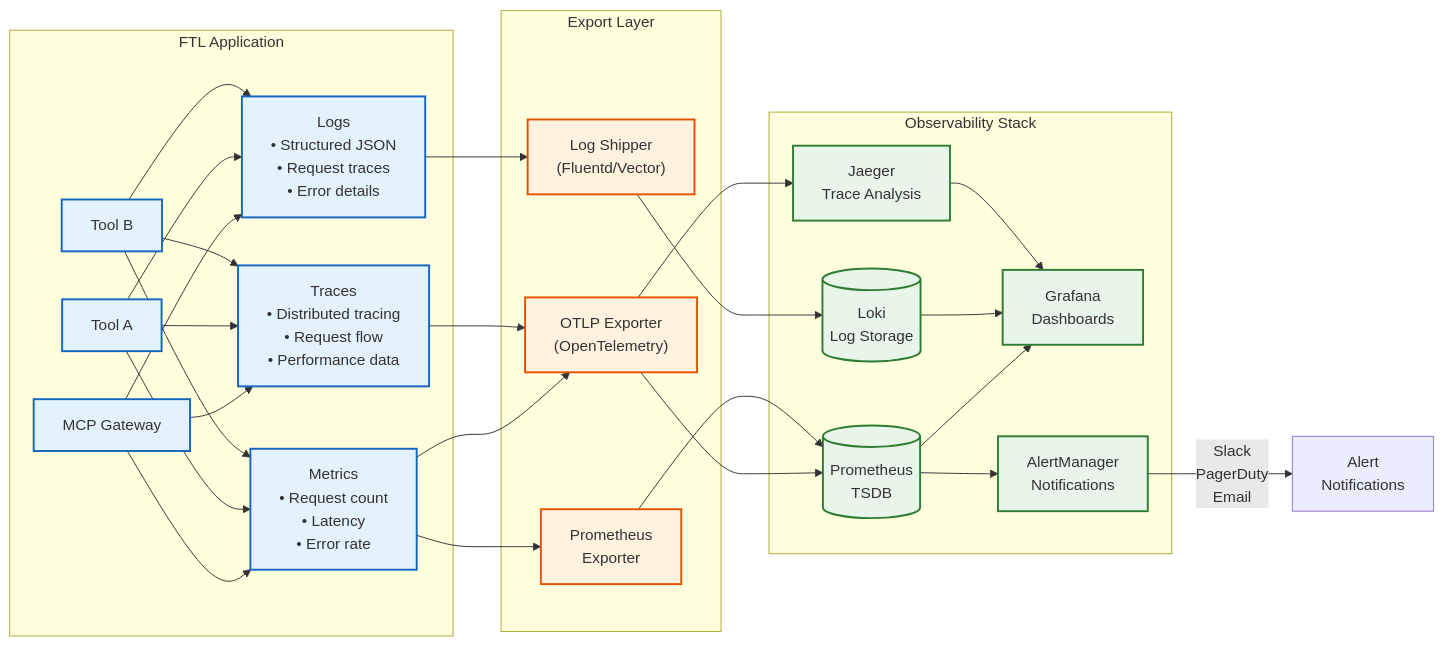
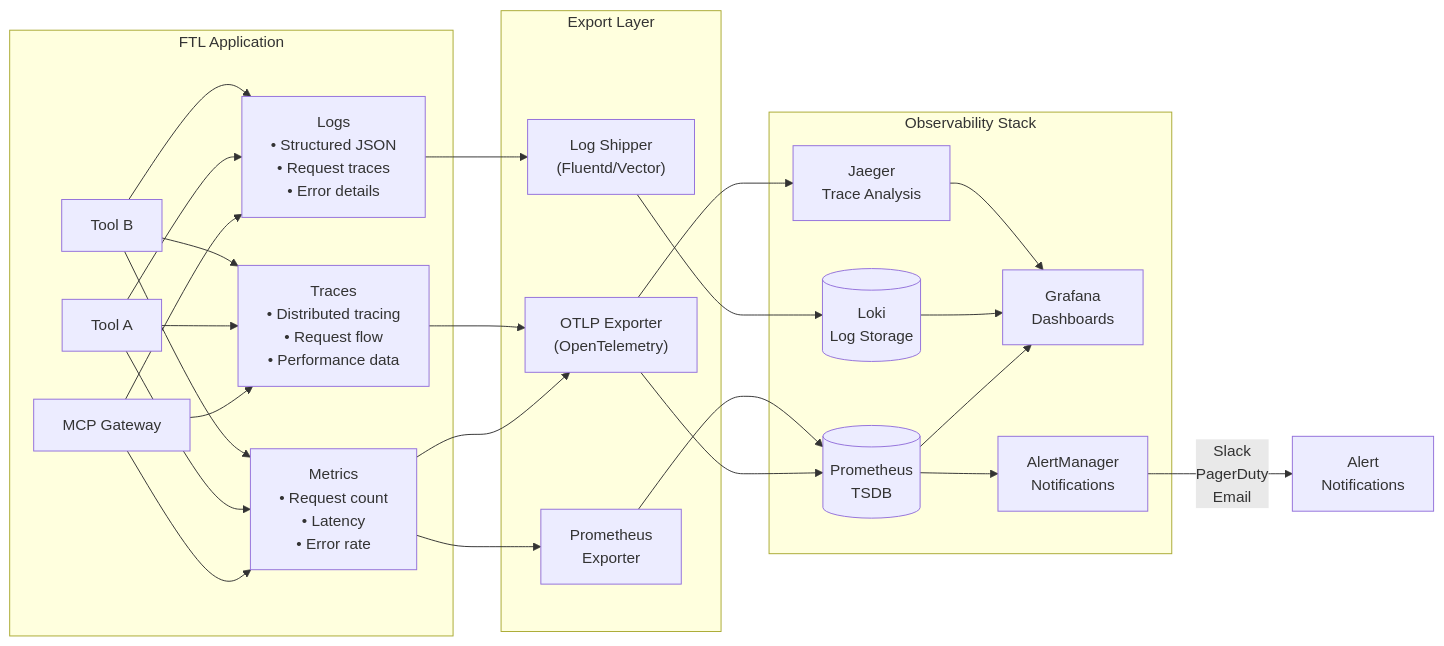
Before and after one commit to fastertools/ftl: the diagram in docs/monitoring.md, drawn with Mermaid. The commit also changed 3 other files, not shown here.

Commit message:
docs: Update diagrams

````diff
--- a/docs/monitoring.md
+++ b/docs/monitoring.md
@@ -16,63 +16,55 @@
 ```mermaid
 graph LR
     subgraph "FTL Application"
         Gateway["MCP Gateway"]
         Tool1["Tool A"]
         Tool2["Tool B"]
         
         Metrics["Metrics<br/>• Request count<br/>• Latency<br/>• Error rate"]
         Logs["Logs<br/>• Structured JSON<br/>• Request traces<br/>• Error details"]
         Traces["Traces<br/>• Distributed tracing<br/>• Request flow<br/>• Performance data"]
     end
     
     subgraph "Export Layer"
         OTLP["OTLP Exporter<br/>(OpenTelemetry)"]
         Prom["Prometheus<br/>Exporter"]
         LogShip["Log Shipper<br/>(Fluentd/Vector)"]
     end
     
     subgraph "Observability Stack"
         PromDB[("Prometheus<br/>TSDB")]
         Grafana["Grafana<br/>Dashboards"]
         Loki[("Loki<br/>Log Storage")]
         Jaeger["Jaeger<br/>Trace Analysis"]
         AlertMgr["AlertManager<br/>Notifications"]
     end
     
     Gateway --> Metrics
     Tool1 --> Metrics
     Tool2 --> Metrics
     
     Gateway --> Logs
     Tool1 --> Logs
     Tool2 --> Logs
     
     Gateway --> Traces
     Tool1 --> Traces
     Tool2 --> Traces
     
     Metrics --> OTLP
     Metrics --> Prom
     Logs --> LogShip
     Traces --> OTLP
     
     OTLP --> Jaeger
     OTLP --> PromDB
     Prom --> PromDB
     LogShip --> Loki
     
     PromDB --> Grafana
     Loki --> Grafana
     Jaeger --> Grafana
     PromDB --> AlertMgr
     
     AlertMgr -->|"Slack<br/>PagerDuty<br/>Email"| Notifications["Alert<br/>Notifications"]
-    
-    classDef app fill:#e3f2fd,stroke:#1565c0,stroke-width:2px
-    classDef export fill:#fff3e0,stroke:#e65100,stroke-width:2px
-    classDef backend fill:#e8f5e9,stroke:#2e7d32,stroke-width:2px
-    
-    class Gateway,Tool1,Tool2,Metrics,Logs,Traces app
-    class OTLP,Prom,LogShip export
-    class PromDB,Grafana,Loki,Jaeger,AlertMgr backend
 ```
````
